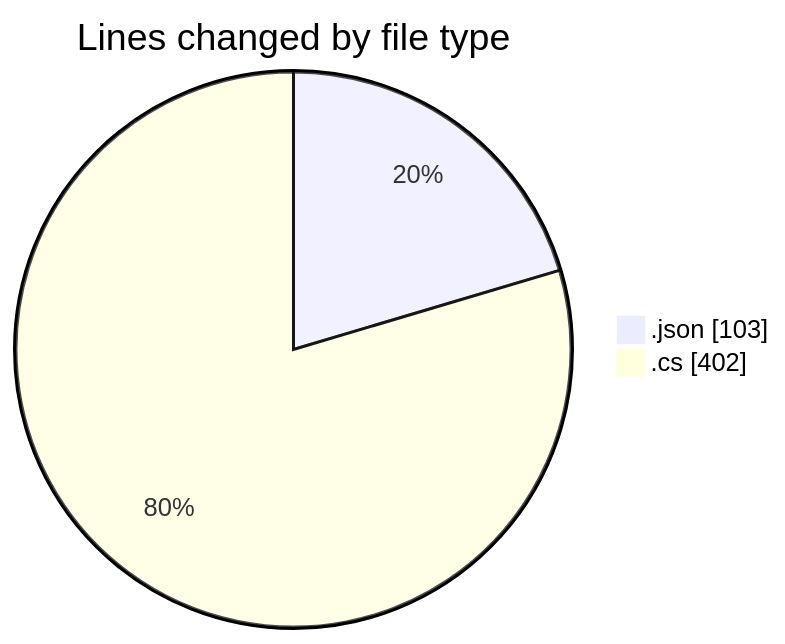
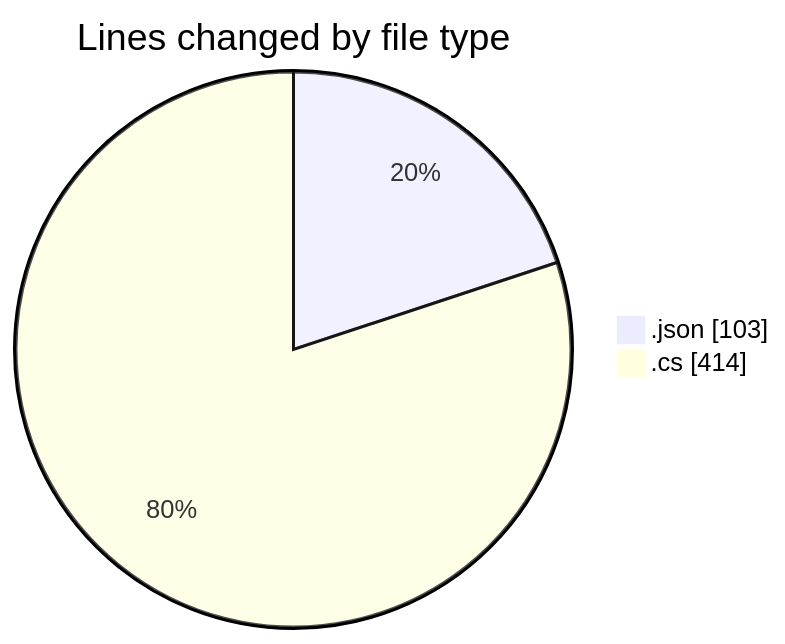
The first of 2 diagrams in 2025-03-20/back-end/README.md (Netris89/code-tracking), drawn with Mermaid before and after one commit. The commit also changed other lines of this file and 1 other file, not shown here.

````diff
--- a/2025-03-20/back-end/README.md
+++ b/2025-03-20/back-end/README.md
@@ -23,6 +23,6 @@
 ```mermaid
 pie showData
 title Lines changed by file type
 ".json" : 103
-".cs" : 402
+".cs" : 414
 ```
````
